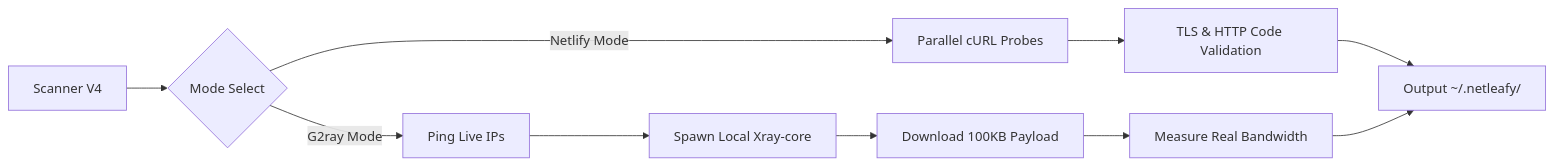
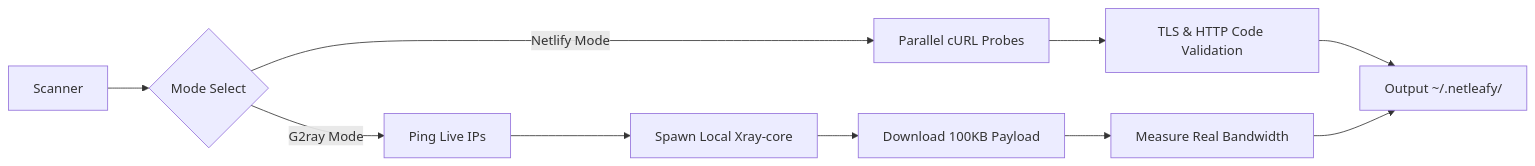
One commit to Code-Leafy/NetLeafyScanner changed the diagram in README.md. Above: the diagram before and after it, drawn with Mermaid. The commit also changed other lines of this file, not shown here.

````diff
--- a/README.md
+++ b/README.md
@@ -151,12 +150,12 @@
 ```mermaid
 graph LR
-    A[Scanner V4] --> B{Mode Select}
+    A[Scanner] --> B{Mode Select}
     B -->|Netlify Mode| C[Parallel cURL Probes]
     C --> D[TLS & HTTP Code Validation]
     B -->|G2ray Mode| E[Ping Live IPs]
     E --> F[Spawn Local Xray-core]
     F --> G[Download 100KB Payload]
     G --> H[Measure Real Bandwidth]
     D --> I[Output ~/.netleafy/]
     H --> I
 ```
````
